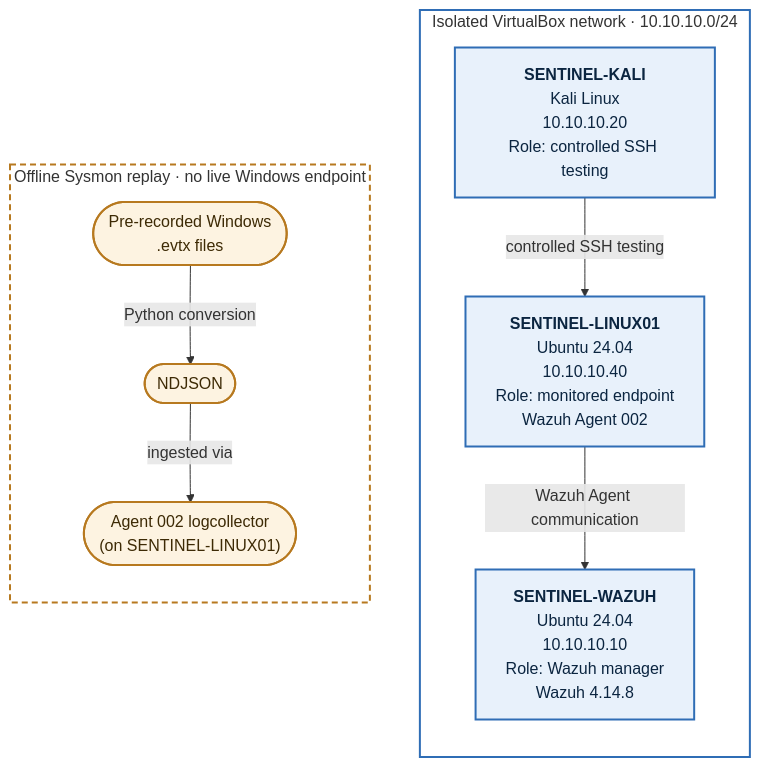
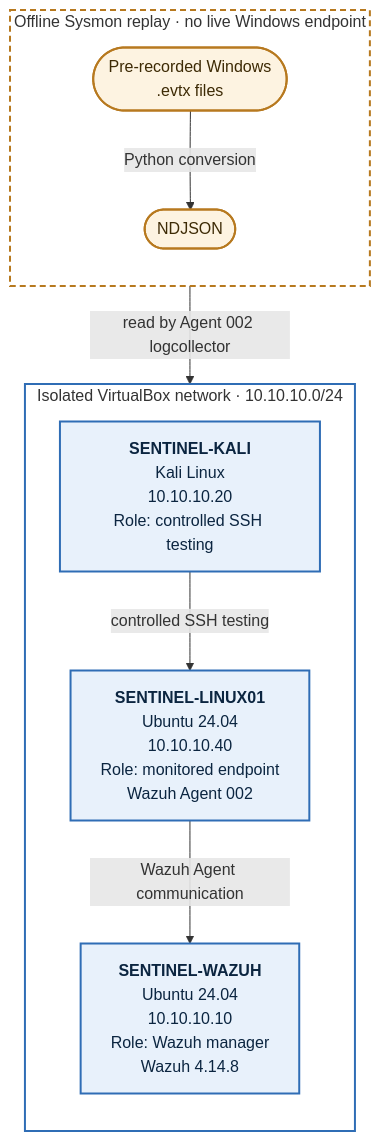
One commit to andyydz/sentinel-soc-lab changed the diagram in README.md. Above: the diagram before and after it, drawn with Mermaid. The commit also changed other lines of this file, not shown here.

````diff
--- a/README.md
+++ b/README.md
@@ -12,27 +12,26 @@
 ```mermaid
 flowchart TB
     subgraph NET["Isolated VirtualBox network · 10.10.10.0/24"]
         direction TB
         KALI["<b>SENTINEL-KALI</b><br/>Kali Linux<br/>10.10.10.20<br/>Role: controlled SSH testing"]
         LINUX["<b>SENTINEL-LINUX01</b><br/>Ubuntu 24.04<br/>10.10.10.40<br/>Role: monitored endpoint<br/>Wazuh Agent 002"]
         WAZUH["<b>SENTINEL-WAZUH</b><br/>Ubuntu 24.04<br/>10.10.10.10<br/>Role: Wazuh manager<br/>Wazuh 4.14.8"]
         KALI -->|"controlled SSH testing"| LINUX
         LINUX -->|"Wazuh Agent communication"| WAZUH
     end
 
     subgraph REPLAY["Offline Sysmon replay · no live Windows endpoint"]
         direction TB
         EVTX(["Pre-recorded Windows<br/>.evtx files"])
         NDJSON(["NDJSON"])
-        LOGC(["Agent 002 logcollector<br/>(on SENTINEL-LINUX01)"])
         EVTX -->|"Python conversion"| NDJSON
-        NDJSON -->|"ingested via"| LOGC
+        NDJSON -->|"read by Agent 002 logcollector"| LINUX
     end
 
     classDef vm fill:#e8f1fb,stroke:#2f6db5,stroke-width:2px,color:#0b2540
     classDef data fill:#fdf3e1,stroke:#b7791f,stroke-width:2px,color:#3d2a05
     class KALI,LINUX,WAZUH vm
-    class EVTX,NDJSON,LOGC data
+    class EVTX,NDJSON data
     style NET fill:none,stroke:#2f6db5,stroke-width:2px
     style REPLAY fill:none,stroke:#b7791f,stroke-width:2px,stroke-dasharray:6 4
 ```
````
